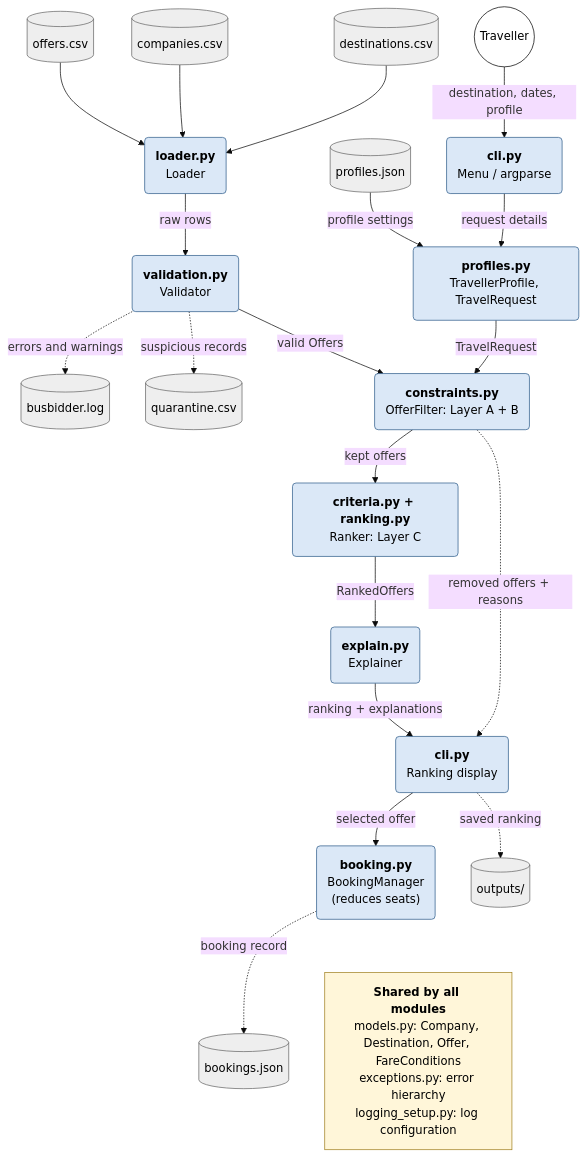
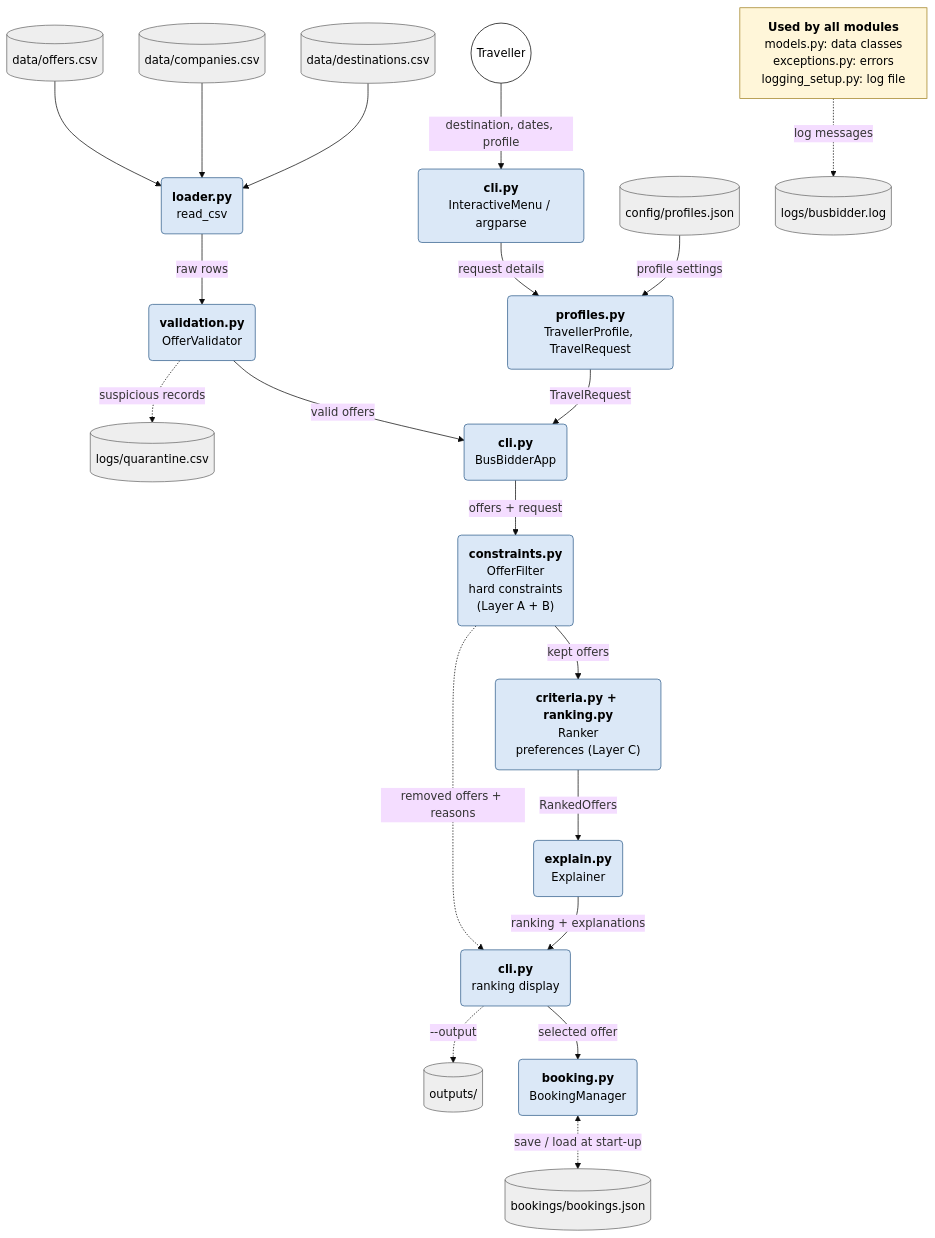
The diagram in docs/diagrams/architecture.md (AndreStaalesen/busbidder-spain), drawn with Mermaid (base theme) before and after one commit. The commit also changed 1 other file, not shown here.

Commit message:
updated architecture and classes diagrams

````diff
--- a/docs/diagrams/architecture.md
+++ b/docs/diagrams/architecture.md
@@ -1,55 +3,54 @@
 ```mermaid
 flowchart TB
     user((Traveller))
-    cliIn("<b>cli.py</b><br/>Menu / argparse")
-    profilesjson[(profiles.json)]
-    offers[(offers.csv)]
-    companies[(companies.csv)]
-    destinations[(destinations.csv)]
+    offers[(data/offers.csv)]
+    companies[(data/companies.csv)]
+    destinations[(data/destinations.csv)]
+    profilesjson[(config/profiles.json)]
 
+    cliIn("<b>cli.py</b><br/>InteractiveMenu / argparse")
+    loader("<b>loader.py</b><br/>read_csv")
+    validator("<b>validation.py</b><br/>OfferValidator")
+    quarantine[(logs/quarantine.csv)]
     profiles("<b>profiles.py</b><br/>TravellerProfile, TravelRequest")
-    loader("<b>loader.py</b><br/>Loader")
-    validator("<b>validation.py</b><br/>Validator")
-    log[(busbidder.log)]
-    quarantine[(quarantine.csv)]
+    app("<b>cli.py</b><br/>BusBidderApp")
+    filter("<b>constraints.py</b><br/>OfferFilter<br/>hard constraints<br/>(Layer A + B)")
+    ranker("<b>criteria.py + ranking.py</b><br/>Ranker<br/>preferences (Layer C)")
+    explainer("<b>explain.py</b><br/>Explainer")
+    cliOut("<b>cli.py</b><br/>ranking display")
+    outputs[(outputs/)]
+    booking("<b>booking.py</b><br/>BookingManager")
+    bookings[(bookings/bookings.json)]
 
-    filter("<b>constraints.py</b><br/>OfferFilter: Layer A + B")
-    ranker("<b>criteria.py + ranking.py</b><br/>Ranker: Layer C")
-    explainer("<b>explain.py</b><br/>Explainer")
-
-    cliOut("<b>cli.py</b><br/>Ranking display")
-    booking("<b>booking.py</b><br/>BookingManager<br/>(reduces seats)")
-    bookings[(bookings.json)]
-    outputs[(outputs/)]
+    SHARED["<b>Used by all modules</b><br/>models.py: data classes<br/>exceptions.py: errors<br/>logging_setup.py: log file"]
+    log[(logs/busbidder.log)]
 
     user -- destination, dates, profile --> cliIn
     cliIn -- request details --> profiles
     profilesjson -- profile settings --> profiles
     offers --> loader
     companies --> loader
     destinations --> loader
     loader -- raw rows --> validator
-    validator -. errors and warnings .-> log
     validator -. suspicious records .-> quarantine
-    profiles -- TravelRequest --> filter
-    validator -- valid Offers --> filter
+    validator -- valid offers --> app
+    profiles -- TravelRequest --> app
+    app -- offers + request --> filter
     filter -- kept offers --> ranker
     ranker -- RankedOffers --> explainer
     filter -. removed offers + reasons .-> cliOut
     explainer -- ranking + explanations --> cliOut
+    cliOut -. --output .-> outputs
     cliOut -- selected offer --> booking
-    booking -. booking record .-> bookings
-    cliOut -. saved ranking .-> outputs
-
-    SHARED["<b>Shared by all modules</b><br/>models.py: Company, Destination, Offer, FareConditions<br/>exceptions.py: error hierarchy<br/>logging_setup.py: log configuration"]
-    booking ~~~ SHARED
+    booking <-. save / load at start-up .-> bookings
+    SHARED -. log messages .-> log
 
     classDef file fill:#eeeeee,stroke:#666666,color:#000000
     classDef module fill:#dbe8f7,stroke:#2f5d8a,color:#000000
     classDef person fill:#ffffff,stroke:#000000,color:#000000
     classDef shared fill:#fff6d9,stroke:#a08020,color:#000000
     class offers,companies,destinations,profilesjson,log,quarantine,bookings,outputs file
-    class cliIn,cliOut,loader,validator,profiles,filter,ranker,explainer,booking module
+    class cliIn,cliOut,loader,validator,profiles,app,filter,ranker,explainer,booking module
     class user person
     class SHARED shared
 ```
````
